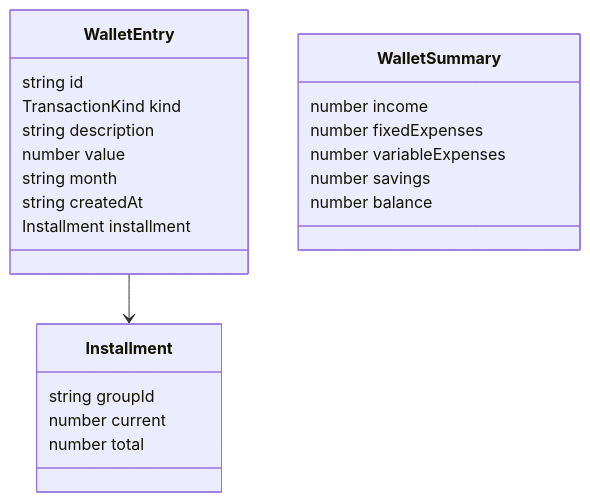
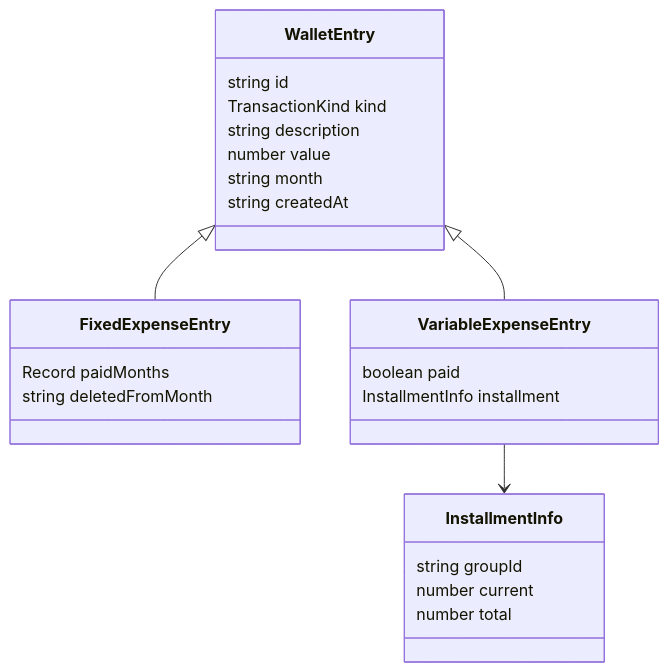
The second of 3 diagrams in README.md (michaelldo/sattva-financas), drawn with Mermaid before and after one commit. The commit also changed other lines of this file and 32 other files, not shown here.

````diff
--- a/README.md
+++ b/README.md
@@ -76,28 +106,31 @@
 ```mermaid
 classDiagram
-  class WalletEntry {
-    string id
-    TransactionKind kind
-    string description
-    number value
-    string month
-    string createdAt
-    Installment installment
-  }
+  class WalletEntry {
+    string id
+    TransactionKind kind
+    string description
+    number value
+    string month
+    string createdAt
+  }
 
-  class Installment {
-    string groupId
-    number current
-    number total
-  }
+  class FixedExpenseEntry {
+    Record paidMonths
+    string deletedFromMonth
+  }
 
-  class WalletSummary {
-    number income
-    number fixedExpenses
-    number variableExpenses
-    number savings
-    number balance
-  }
+  class VariableExpenseEntry {
+    boolean paid
+    InstallmentInfo installment
+  }
 
-  WalletEntry --> Installment
+  class InstallmentInfo {
+    string groupId
+    number current
+    number total
+  }
+
+  WalletEntry <|-- FixedExpenseEntry
+  WalletEntry <|-- VariableExpenseEntry
+  VariableExpenseEntry --> InstallmentInfo
 ```
````
